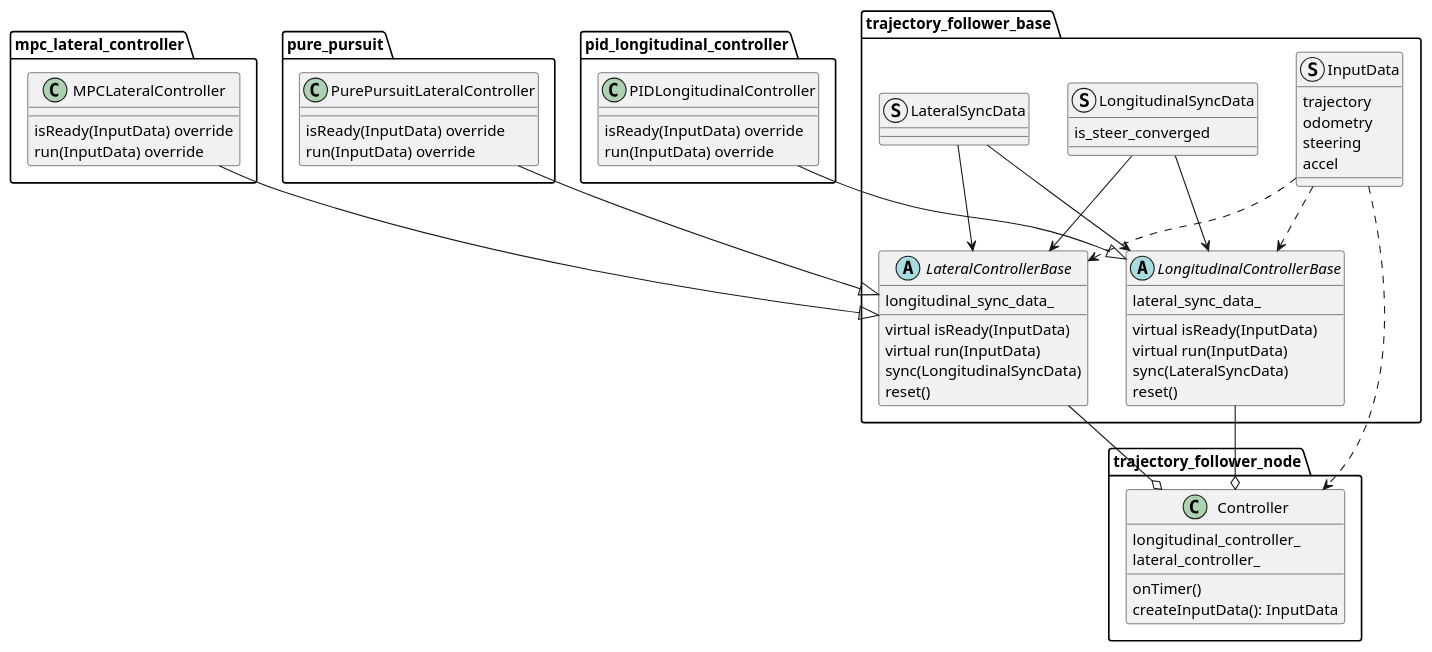
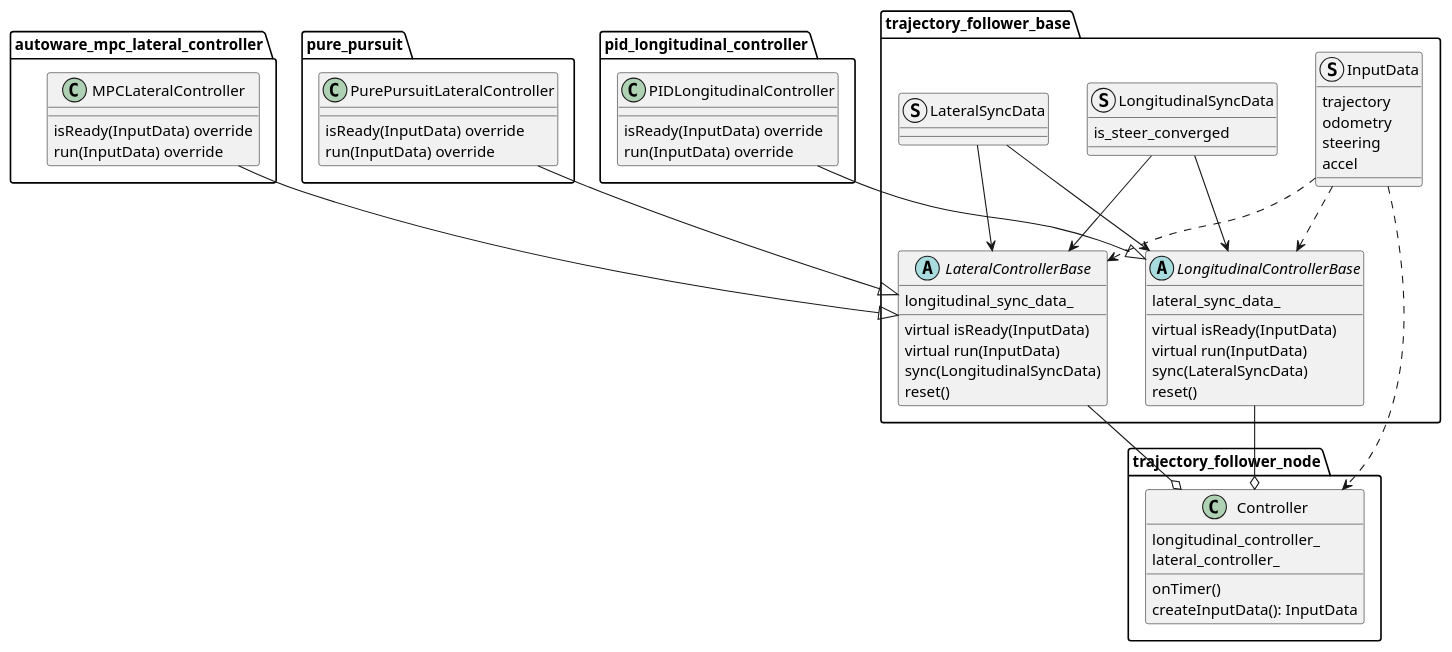
Before and after one commit to autowarefoundation/autoware: the diagram in control/trajectory_follower_node/README.md, drawn with PlantUML. The commit also changed 72 other files, not shown here.

First line of the commit message:
refactor(mpc_lateral_controller, trajectory_follower_node)!: prefix package and namespace with autoware (#7306)

````diff
--- a/control/trajectory_follower_node/README.md
+++ b/control/trajectory_follower_node/README.md
@@ -13,79 +13,79 @@
 ```plantuml
 @startuml
 package trajectory_follower_base {
 abstract class LateralControllerBase {
 longitudinal_sync_data_
 
     virtual isReady(InputData)
     virtual run(InputData)
     sync(LongitudinalSyncData)
     reset()
 
 }
 abstract class LongitudinalControllerBase {
 lateral_sync_data_
 
     virtual isReady(InputData)
     virtual run(InputData)
     sync(LateralSyncData)
     reset()
 
 }
 
 struct InputData {
 trajectory
 odometry
 steering
 accel
 }
 struct LongitudinalSyncData {
 is_steer_converged
 }
 struct LateralSyncData {
 }
 }
 
-package mpc_lateral_controller {
+package autoware_mpc_lateral_controller {
 class MPCLateralController {
 isReady(InputData) override
 run(InputData) override
 }
 }
 package pure_pursuit {
 class PurePursuitLateralController {
 isReady(InputData) override
 run(InputData) override
 }
 }
 package pid_longitudinal_controller {
 class PIDLongitudinalController {
 isReady(InputData) override
 run(InputData) override
 }
 }
 
 package trajectory_follower_node {
 class Controller {
 longitudinal_controller_
 lateral_controller_
 onTimer()
 createInputData(): InputData
 }
 }
 
 MPCLateralController --|> LateralControllerBase
 PurePursuitLateralController --|> LateralControllerBase
 PIDLongitudinalController --|> LongitudinalControllerBase
 
 LateralSyncData --> LongitudinalControllerBase
 LateralSyncData --> LateralControllerBase
 LongitudinalSyncData --> LongitudinalControllerBase
 LongitudinalSyncData --> LateralControllerBase
 InputData ..> LateralControllerBase
 InputData ..> LongitudinalControllerBase
 
 LateralControllerBase --o Controller
 LongitudinalControllerBase --o Controller
 InputData ..> Controller
 @enduml
 ```
````
